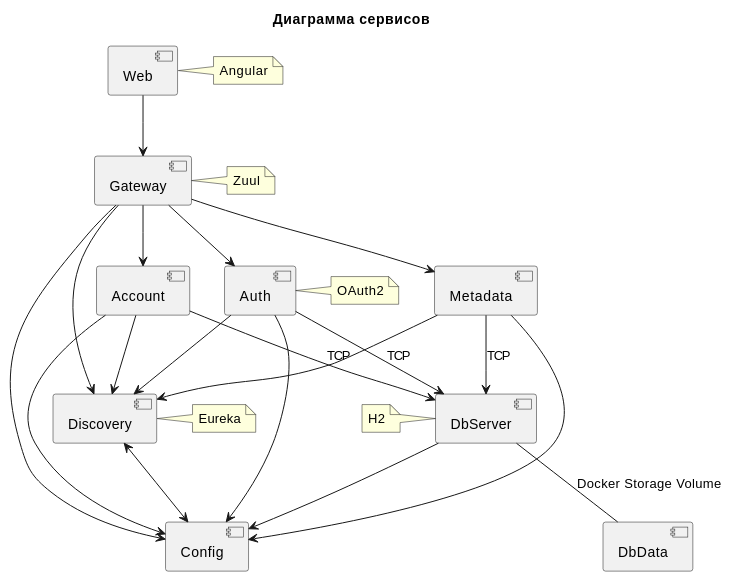
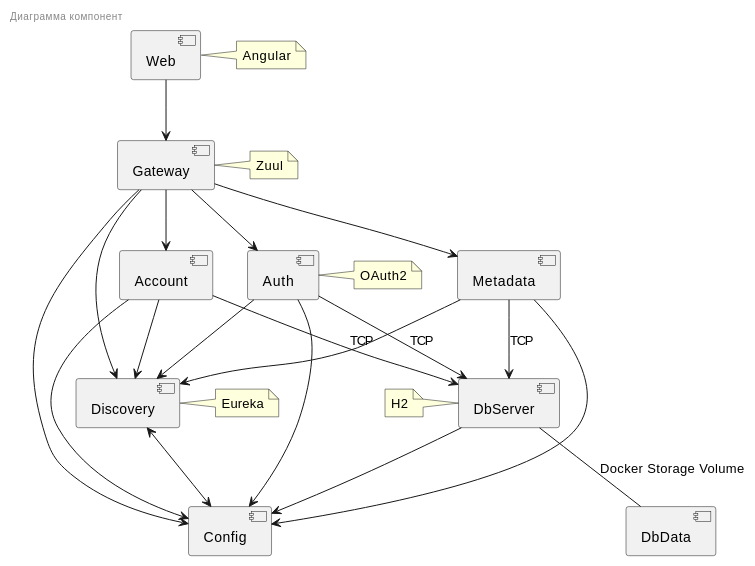
The first of 2 diagrams in documentation/src/docs/asciidoc/notes.adoc (gurv/vg), drawn with PlantUML before and after one commit. The commit also changed other lines of this file and 47 other files, not shown here.

```diff
--- a/documentation/src/docs/asciidoc/notes.adoc
+++ b/documentation/src/docs/asciidoc/notes.adoc
@@ -6,46 +19,49 @@
 [plantuml, services, png]
 ....
-title Диаграмма сервисов
+left header
+Диаграмма компонент
+endheader
+
 [Web]
 note right of [Web]
   Angular
 end note
 [Gateway]
 note right of [Gateway]
   Zuul
 end note
 [Config]
 [Discovery]
 note right of [Discovery]
   Eureka
 end note
 [Auth]
 note right of [Auth]
   OAuth2
 end note
 [Account]
 [Metadata]
 [DbServer]
 [DbData]
 note left of [DbServer]
   H2
 end note
 [Web] --> [Gateway]
 [Gateway] --> [Discovery]
 [Gateway] --> [Config]
 [Gateway] --> [Auth]
 [Gateway] --> [Account]
 [Gateway] --> [Metadata]
 [Account] --> [Discovery]
 [Account] --> [Config]
 [Account] --> [DbServer] : TCP
 [Auth] --> [Discovery]
 [Auth] --> [Config]
 [Auth] --> [DbServer] : TCP
 [Discovery] <--> [Config]
 [Metadata] --> [Config]
 [Metadata] --> [Discovery]
 [Metadata] --> [DbServer] : TCP
 [DbServer] --> [Config]
 [DbServer] -- [DbData] : Docker Storage Volume
 ....
```
